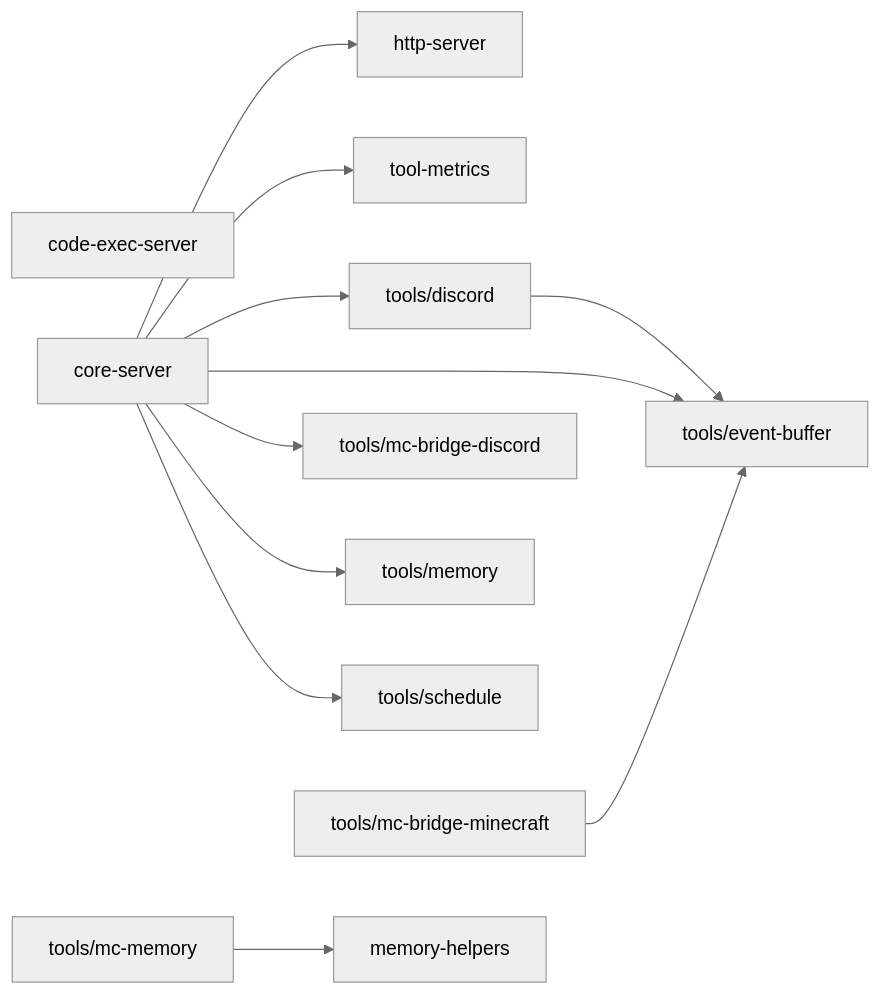
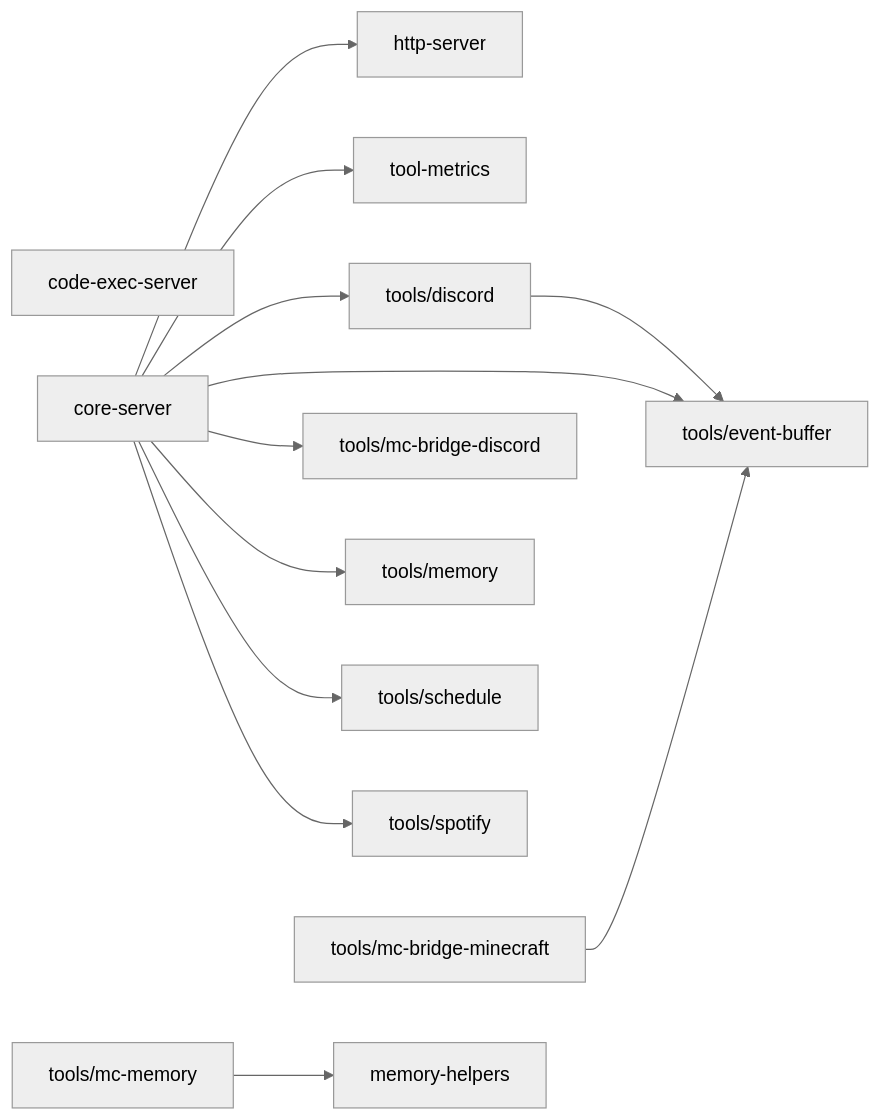
The diagram in packages/mcp/DEPS.md (OJII3/vicissitude), drawn with Mermaid (neutral theme) before and after one commit. The commit also changed other lines of this file and 29 other files, not shown here.

````diff
--- a/packages/mcp/DEPS.md
+++ b/packages/mcp/DEPS.md
@@ -7,21 +7,23 @@
 ```mermaid
 graph LR
   code_exec_server["code-exec-server"]
   core_server["core-server"] --> http_server["http-server"]
   core_server["core-server"] --> tool_metrics["tool-metrics"]
   core_server["core-server"] --> tools_discord["tools/discord"]
   core_server["core-server"] --> tools_event_buffer["tools/event-buffer"]
   core_server["core-server"] --> tools_mc_bridge_discord["tools/mc-bridge-discord"]
   core_server["core-server"] --> tools_memory["tools/memory"]
   core_server["core-server"] --> tools_schedule["tools/schedule"]
+  core_server["core-server"] --> tools_spotify["tools/spotify"]
   http_server["http-server"]
   memory_helpers["memory-helpers"]
   tool_metrics["tool-metrics"]
   tools_discord["tools/discord"] --> tools_event_buffer["tools/event-buffer"]
   tools_event_buffer["tools/event-buffer"]
   tools_mc_bridge_discord["tools/mc-bridge-discord"]
   tools_mc_bridge_minecraft["tools/mc-bridge-minecraft"] --> tools_event_buffer["tools/event-buffer"]
   tools_mc_memory["tools/mc-memory"] --> memory_helpers["memory-helpers"]
   tools_memory["tools/memory"]
   tools_schedule["tools/schedule"]
+  tools_spotify["tools/spotify"]
 ```
````
